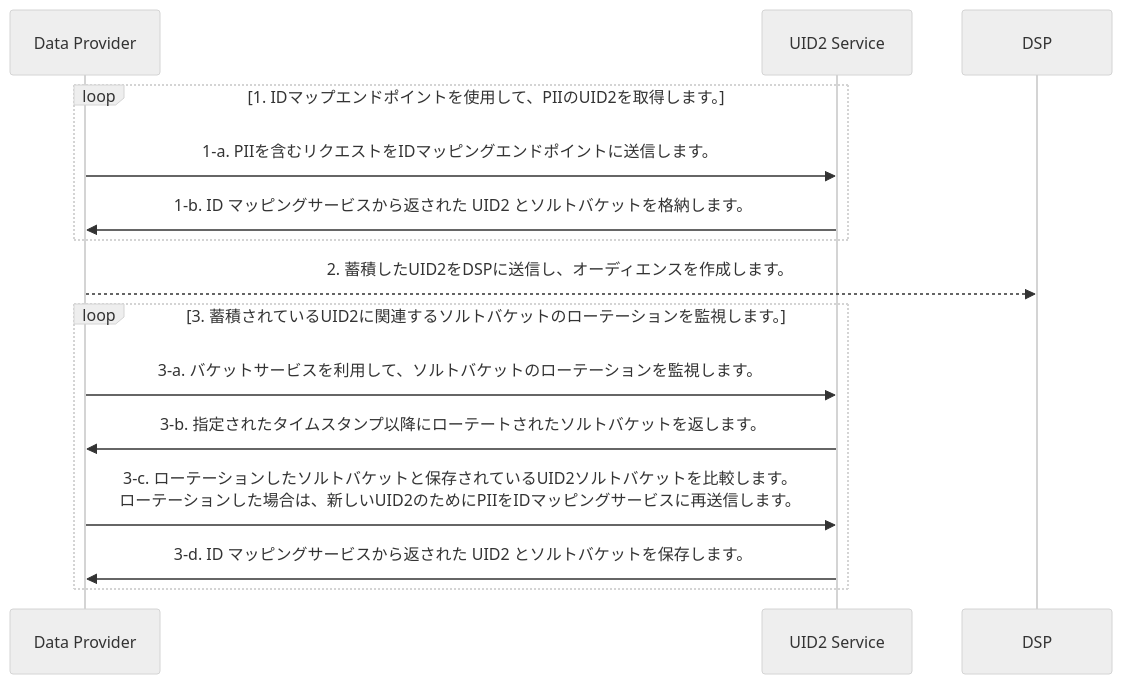
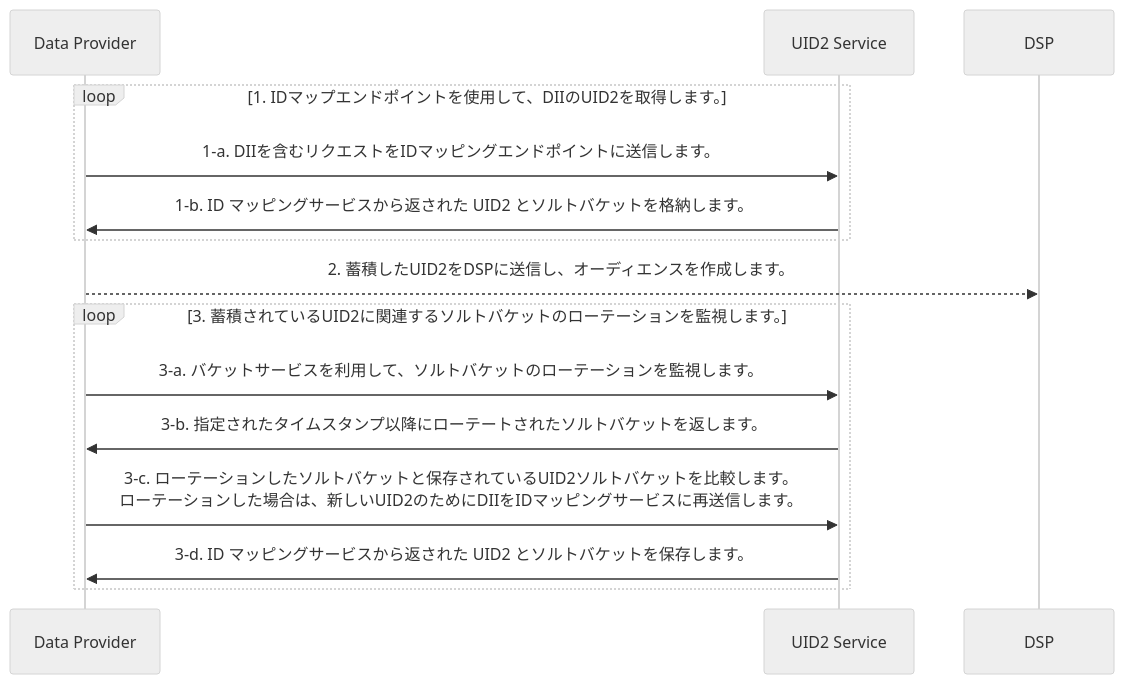
Before and after one commit to IABTechLab/uid2docs: the diagram in api-ja/v2/guides/advertiser-dataprovider-guide.md, drawn with Mermaid (neutral theme). The commit also changed other lines of this file and 11 other files, not shown here.

````diff
--- a/api-ja/v2/guides/advertiser-dataprovider-guide.md
+++ b/api-ja/v2/guides/advertiser-dataprovider-guide.md
@@ -22,17 +22,17 @@
 ```mermaid
 sequenceDiagram
   participant DP as Data Provider
   participant UID2 as UID2 Service
   participant DSP
-  loop 1. IDマップエンドポイントを使用して、PIIのUID2を取得します。
-  DP->>UID2: 1-a. PIIを含むリクエストをIDマッピングエンドポイントに送信します。
+  loop 1. IDマップエンドポイントを使用して、DIIのUID2を取得します。
+  DP->>UID2: 1-a. DIIを含むリクエストをIDマッピングエンドポイントに送信します。
   UID2->>DP: 1-b. ID マッピングサービスから返された UID2 とソルトバケットを格納します。
   end
   DP-->>DSP: 2. 蓄積したUID2をDSPに送信し、オーディエンスを作成します。
   loop 3. 蓄積されているUID2に関連するソルトバケットのローテーションを監視します。
      DP->>UID2: 3-a. バケットサービスを利用して、ソルトバケットのローテーションを監視します。
      UID2->>DP: 3-b. 指定されたタイムスタンプ以降にローテートされたソルトバケットを返します。
-     DP->>UID2: 3-c. ローテーションしたソルトバケットと保存されているUID2ソルトバケットを比較します。<br/>ローテーションした場合は、新しいUID2のためにPIIをIDマッピングサービスに再送信します。
+     DP->>UID2: 3-c. ローテーションしたソルトバケットと保存されているUID2ソルトバケットを比較します。<br/>ローテーションした場合は、新しいUID2のためにDIIをIDマッピングサービスに再送信します。
      UID2->>DP: 3-d. ID マッピングサービスから返された UID2 とソルトバケットを保存します。
   end
 ```
````
